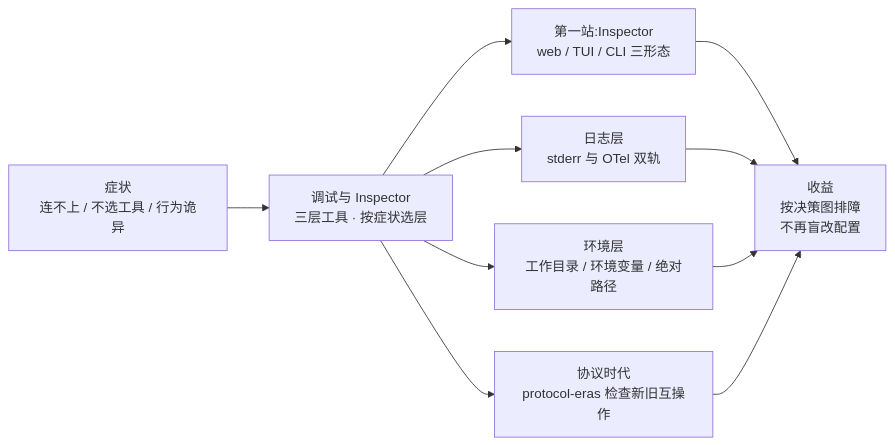
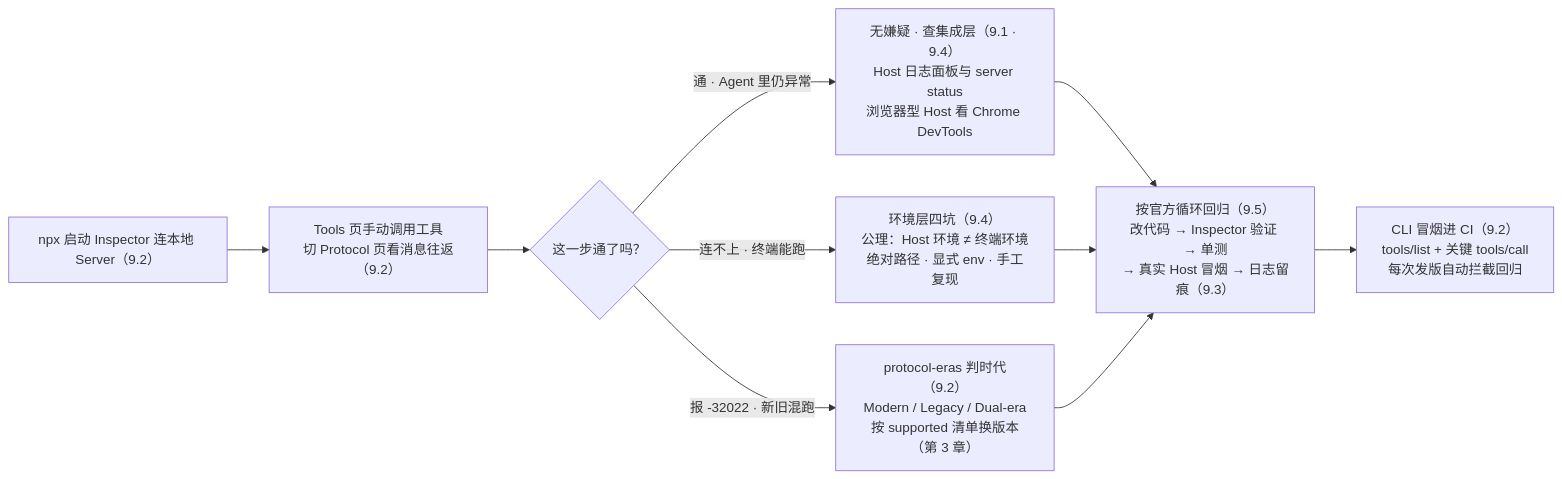
One commit to ybak/ai-tutorial changed the diagram in books/mcp/chapters/09-debugging.md. Above: the diagram before and after it, drawn with Mermaid. The commit also changed other lines of this file and 8 other files, not shown here.

First line of the commit message:
docs(mcp): 章首图升级为操作流程图——写作指南双图式规范落地

````diff
--- a/books/mcp/chapters/09-debugging.md
+++ b/books/mcp/chapters/09-debugging.md
@@ -11,12 +11,12 @@
 ```mermaid
 flowchart LR
-    A["症状<br/>连不上 / 不选工具 / 行为诡异"] --> B["调试与 Inspector<br/>三层工具 · 按症状选层"]
-    B --> C["第一站:Inspector<br/>web / TUI / CLI 三形态"]
-    B --> D["日志层<br/>stderr 与 OTel 双轨"]
-    B --> E["环境层<br/>工作目录 / 环境变量 / 绝对路径"]
-    B --> F["协议时代<br/>protocol-eras 检查新旧互操作"]
-    C --> G["收益<br/>按决策图排障<br/>不再盲改配置"]
-    D --> G
+    A["npx 启动 Inspector 连本地 Server（9.2）"] --> B["Tools 页手动调用工具<br/>切 Protocol 页看消息往返（9.2）"]
+    B --> C{"这一步通了吗？"}
+    C -->|"通 · Agent 里仍异常"| D["无嫌疑 · 查集成层（9.1 · 9.4）<br/>Host 日志面板与 server status<br/>浏览器型 Host 看 Chrome DevTools"]
+    C -->|"连不上 · 终端能跑"| E["环境层四坑（9.4）<br/>公理：Host 环境 ≠ 终端环境<br/>绝对路径 · 显式 env · 手工复现"]
+    C -->|"报 -32022 · 新旧混跑"| F["protocol-eras 判时代（9.2）<br/>Modern / Legacy / Dual-era<br/>按 supported 清单换版本（第 3 章）"]
+    D --> G["按官方循环回归（9.5）<br/>改代码 → Inspector 验证 → 单测<br/>→ 真实 Host 冒烟 → 日志留痕（9.3）"]
     E --> G
     F --> G
+    G --> H["CLI 冒烟进 CI（9.2）<br/>tools/list + 关键 tools/call<br/>每次发版自动拦截回归"]
 ```
````
